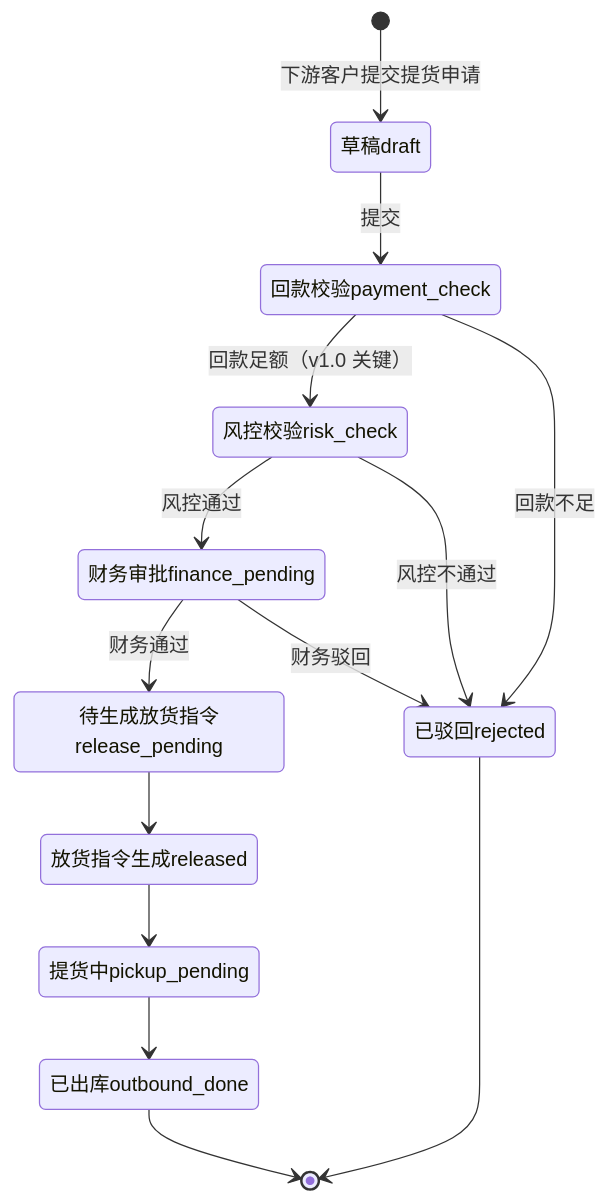
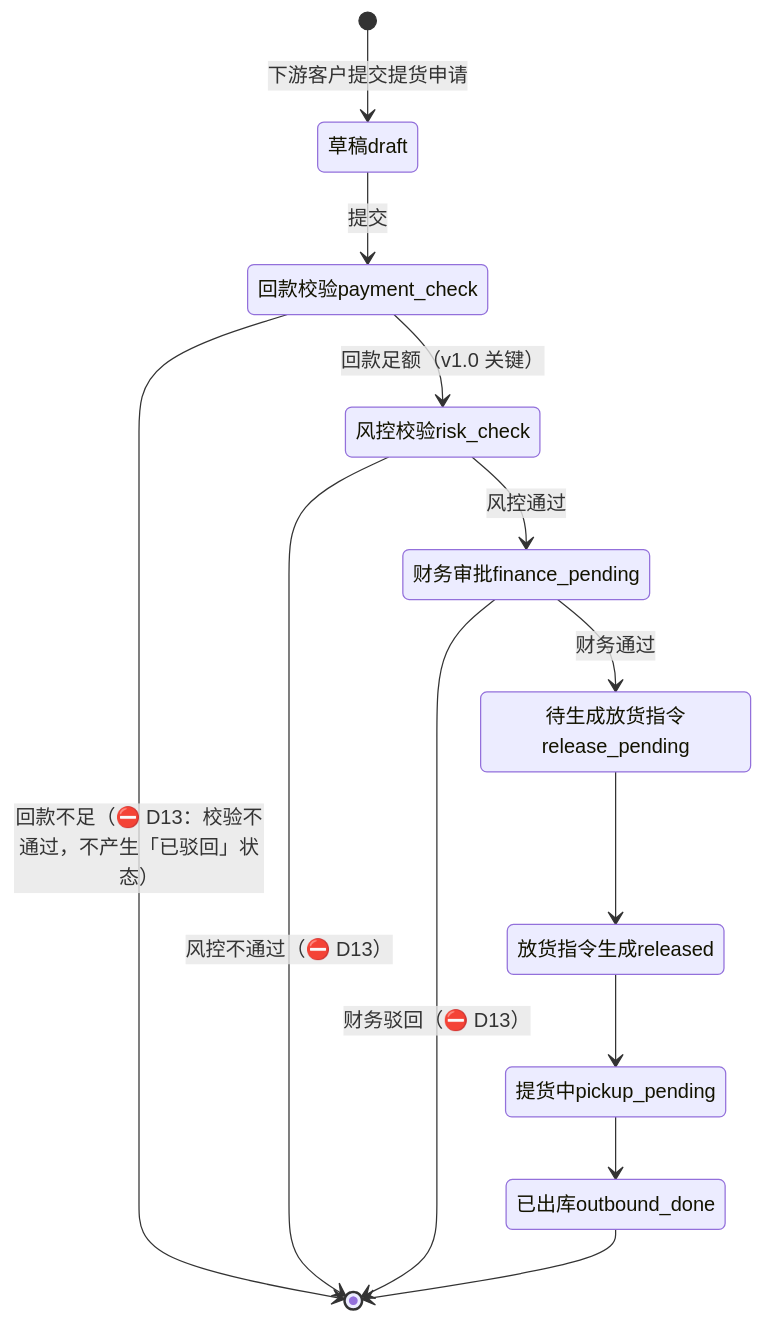
The sixth of 8 diagrams in docs-v2/02.05-收发货管理.md (Ummyue/gyt-admin), drawn with Mermaid before and after one commit. The commit also changed other lines of this file and 40 other files, not shown here.

````diff
--- a/docs-v2/02.05-收发货管理.md
+++ b/docs-v2/02.05-收发货管理.md
@@ -467,19 +545,18 @@
 ```mermaid
 stateDiagram-v2
     [*] --> 草稿draft: 下游客户提交提货申请
     草稿draft --> 回款校验payment_check: 提交
     回款校验payment_check --> 风控校验risk_check: 回款足额（v1.0 关键）
-    回款校验payment_check --> 已驳回rejected: 回款不足
+    回款校验payment_check --> [*]: 回款不足（⛔ D13：校验不通过，不产生「已驳回」状态）
 
     风控校验risk_check --> 财务审批finance_pending: 风控通过
-    风控校验risk_check --> 已驳回rejected: 风控不通过
+    风控校验risk_check --> [*]: 风控不通过（⛔ D13）
 
     财务审批finance_pending --> 待生成放货指令release_pending: 财务通过
-    财务审批finance_pending --> 已驳回rejected: 财务驳回
+    财务审批finance_pending --> [*]: 财务驳回（⛔ D13）
 
     待生成放货指令release_pending --> 放货指令生成released
     放货指令生成released --> 提货中pickup_pending
     提货中pickup_pending --> 已出库outbound_done
     已出库outbound_done --> [*]
-    已驳回rejected --> [*]
 ```
````
